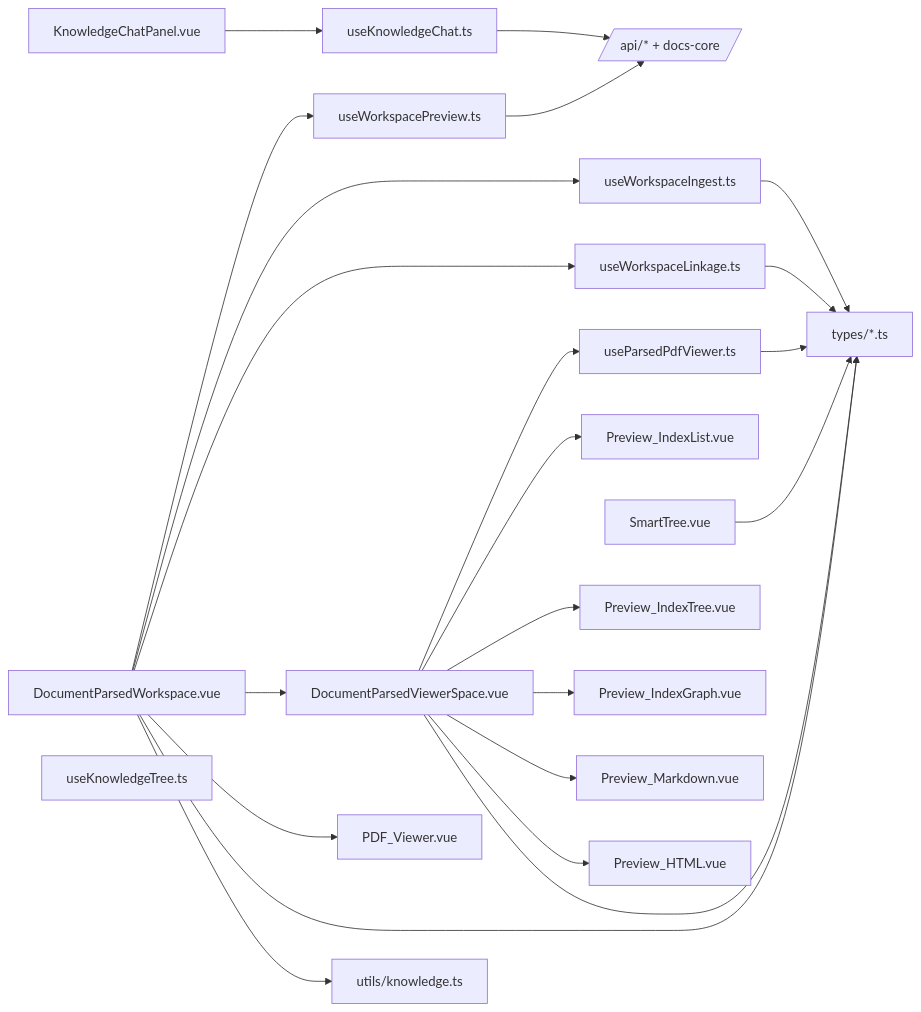
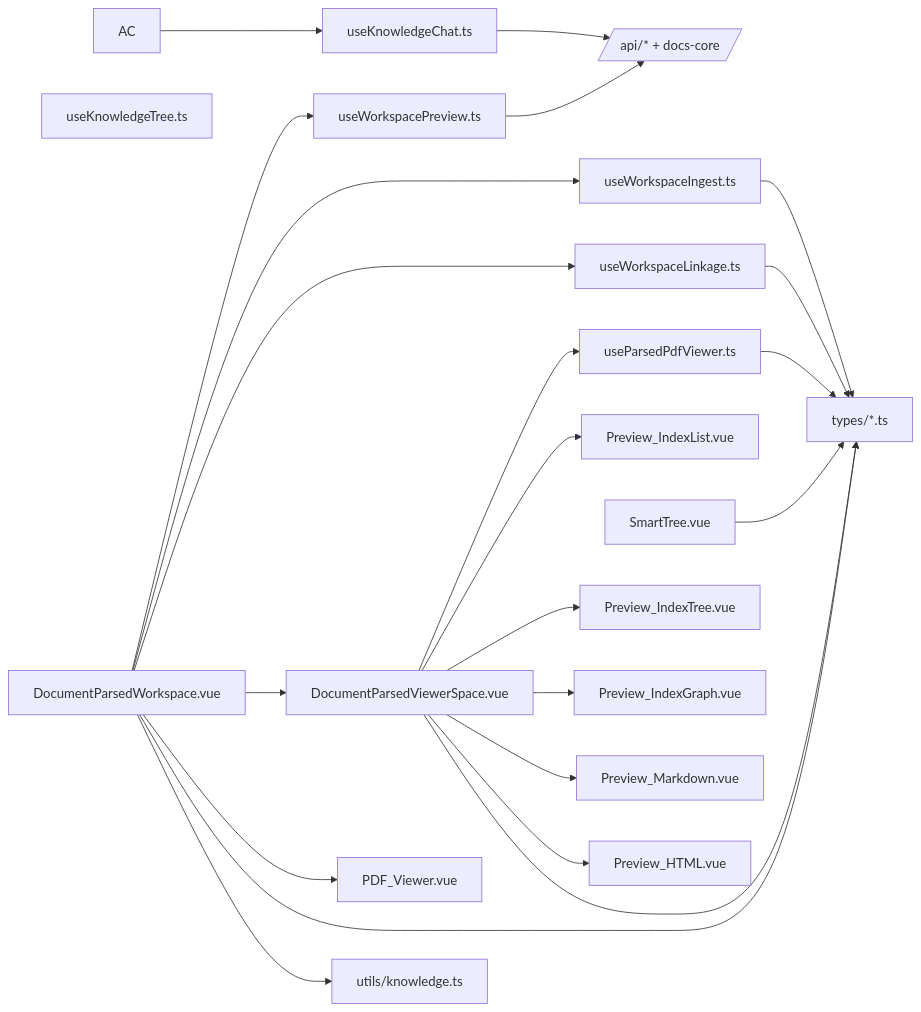
The third of 3 diagrams in README.md (0mao0/AnGIneer), drawn with Mermaid before and after one commit. The commit also changed other lines of this file and 8 other files, not shown here.

````diff
--- a/README.md
+++ b/README.md
@@ -468,49 +459,48 @@
 ```mermaid
 graph LR
   W[DocumentParsedWorkspace.vue]
   R[DocumentParsedViewerSpace.vue]
   V[PDF_Viewer.vue]
   IL[Preview_IndexList.vue]
   IT[Preview_IndexTree.vue]
   IG[Preview_IndexGraph.vue]
   PM[Preview_Markdown.vue]
   PH[Preview_HTML.vue]
   ST[SmartTree.vue]
-  AC[KnowledgeChatPanel.vue]
 
   WP[useWorkspacePreview.ts]
   WI[useWorkspaceIngest.ts]
   WL[useWorkspaceLinkage.ts]
   PV[useParsedPdfViewer.ts]
   KT[useKnowledgeTree.ts]
   UA[useKnowledgeChat.ts]
 
   TY[types/*.ts]
   UT[utils/knowledge.ts]
   AP[/api/* + docs-core/]
 
   W --> WP
   W --> WI
   W --> WL
   W --> R
   W --> V
   W --> TY
   W --> UT
 
   R --> PV
   R --> IL
   R --> IT
   R --> IG
   R --> PM
   R --> PH
   R --> TY
 
   ST --> TY
   AC --> UA
   PV --> TY
   WI --> TY
   WL --> TY
 
   UA --> AP
   WP --> AP
 ```
````
